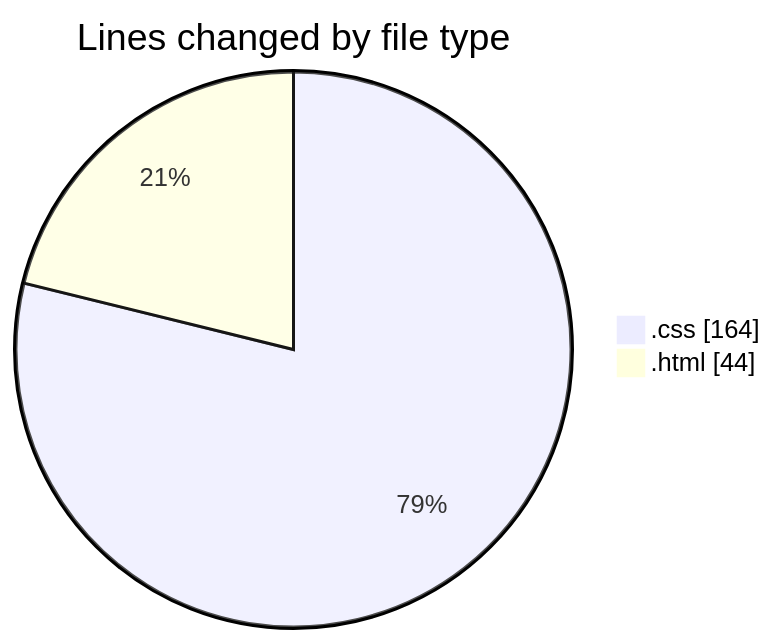
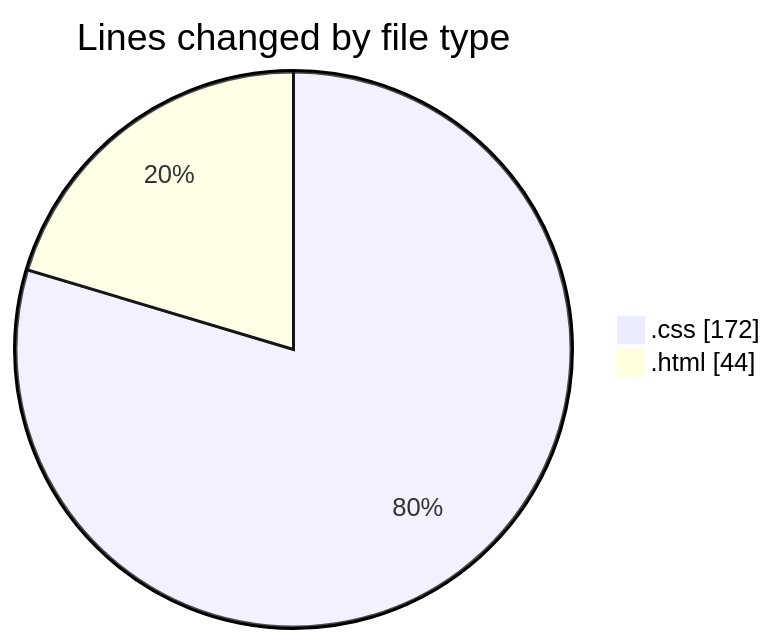
One commit to NitaiMahat/code-tracking changed the first of 2 diagrams in 2025-01-26/results-summary-component-main/README.md. Above: the diagram before and after it, drawn with Mermaid. The commit also changed other lines of this file and 1 other file, not shown here.

````diff
--- a/2025-01-26/results-summary-component-main/README.md
+++ b/2025-01-26/results-summary-component-main/README.md
@@ -21,6 +21,6 @@
 ```mermaid
 pie showData
 title Lines changed by file type
-".css" : 164
+".css" : 172
 ".html" : 44
 ```
````
